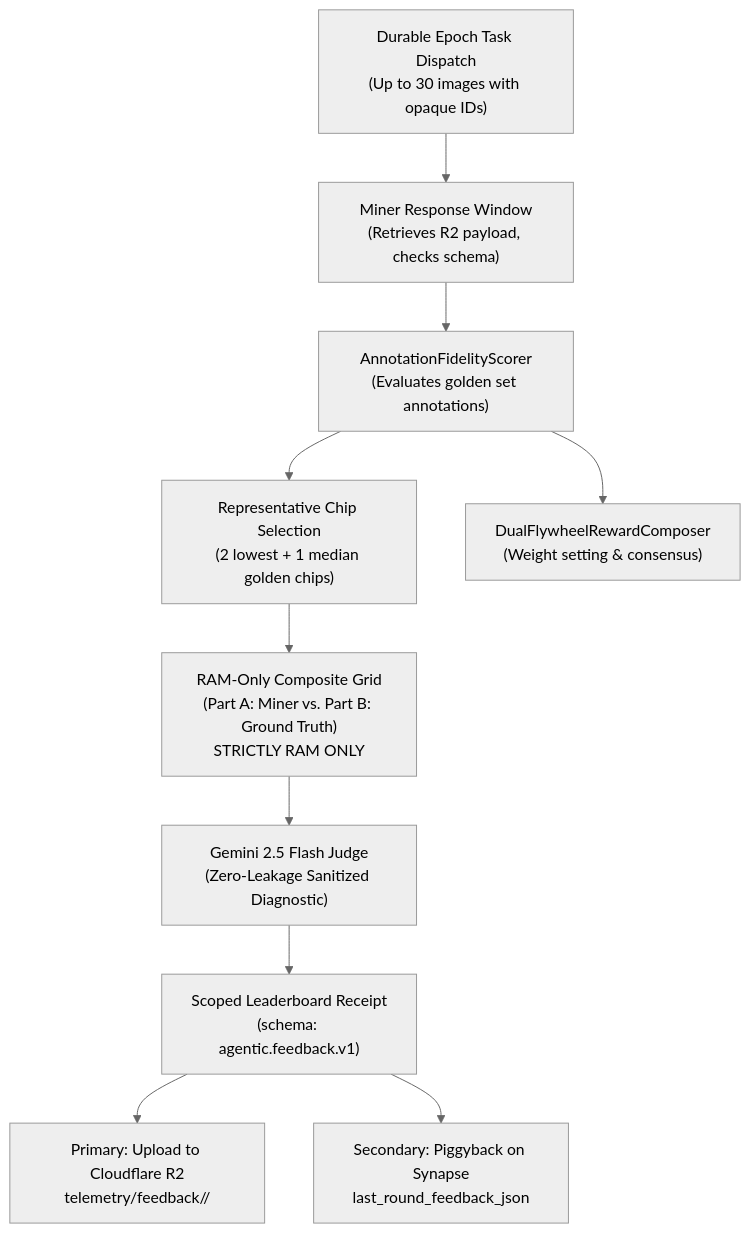
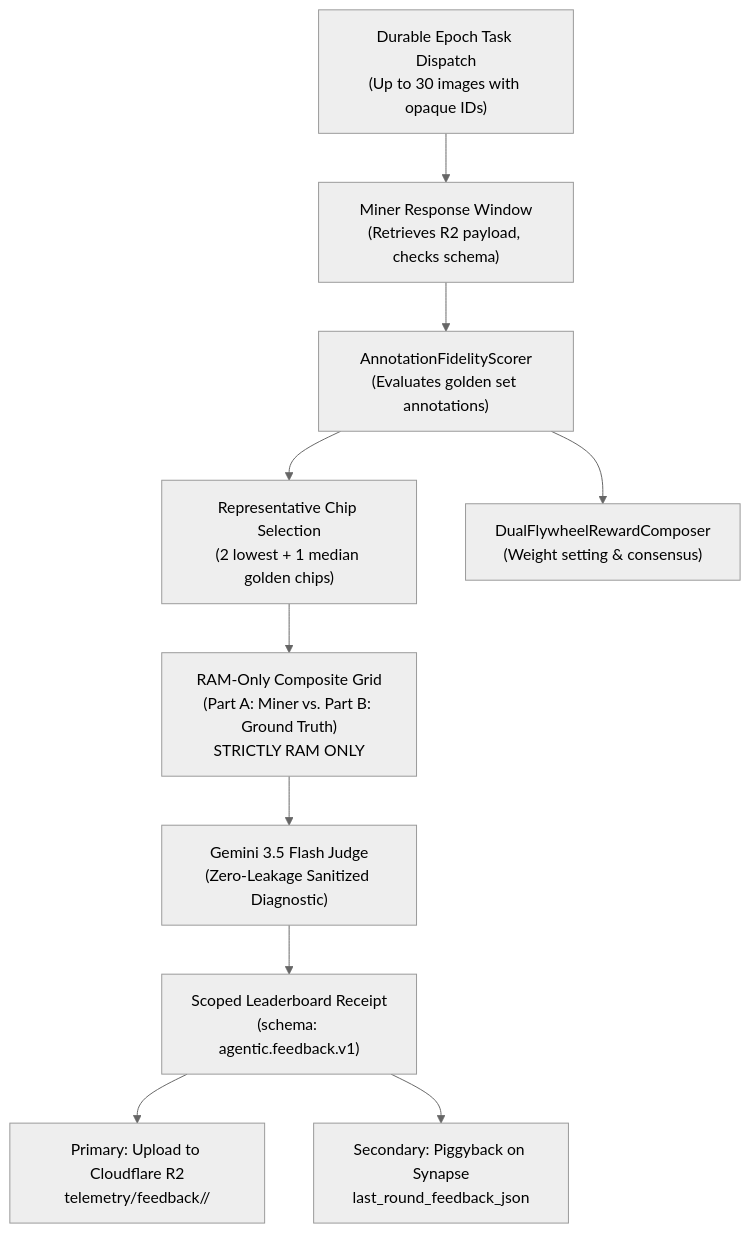
One commit to Tech-Nucleus/DataAnnotation changed the diagram in VALIDATOR.md. Above: the diagram before and after it, drawn with Mermaid (neutral theme). The commit also changed other lines of this file and 19 other files, not shown here.

Commit message:
V 2.0.0 - Gemini 3.5 Flash upgrade, 27-image commercial dataset randomization, and testnet 6-hour demo loop

````diff
--- a/VALIDATOR.md
+++ b/VALIDATOR.md
@@ -11,12 +11,12 @@
 ```mermaid
 flowchart TD
     TaskDispatch["Durable Epoch Task Dispatch<br/>(Up to 30 images with opaque IDs)"] --> MinerResponse["Miner Response Window<br/>(Retrieves R2 payload, checks schema)"]
     MinerResponse --> FidelityEval["AnnotationFidelityScorer<br/>(Evaluates golden set annotations)"]
     FidelityEval --> RepSelect["Representative Chip Selection<br/>(2 lowest + 1 median golden chips)"]
     RepSelect --> RAMGrid["RAM-Only Composite Grid<br/>(Part A: Miner vs. Part B: Ground Truth)<br/>STRICTLY RAM ONLY"]
-    RAMGrid --> GeminiJudge["Gemini 2.5 Flash Judge<br/>(Zero-Leakage Sanitized Diagnostic)"]
+    RAMGrid --> GeminiJudge["Gemini 3.5 Flash Judge<br/>(Zero-Leakage Sanitized Diagnostic)"]
     GeminiJudge --> ReceiptGen["Scoped Leaderboard Receipt<br/>(schema: agentic.feedback.v1)"]
     ReceiptGen --> PrimaryR2["Primary: Upload to Cloudflare R2<br/>telemetry/feedback/<hotkey_sha256>/"]
     ReceiptGen --> SecondarySynapse["Secondary: Piggyback on Synapse<br/>last_round_feedback_json"]
     FidelityEval --> RewardComp["DualFlywheelRewardComposer<br/>(Weight setting & consensus)"]
 ```
````
